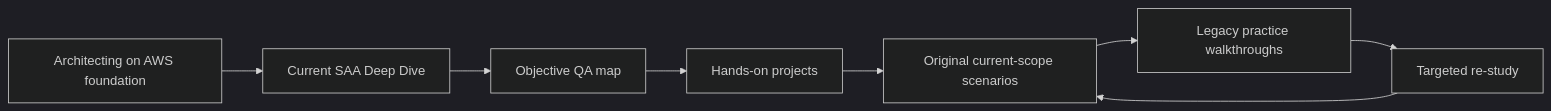
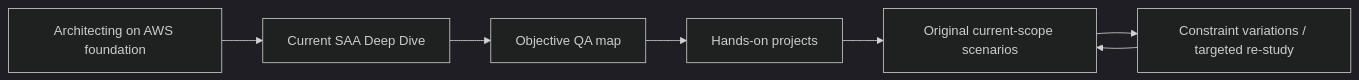
One commit to somkid-s5/Personal-Knowledge-Base changed the diagram in AWS/Certifications/SAA-C03/STUDY-PATH.md. Above: the diagram before and after it, drawn with Mermaid (dark theme). The commit also changed other lines of this file, not shown here.

Commit message:
Replace legacy SAA practice phase with original scenario variation

````diff
--- a/AWS/Certifications/SAA-C03/STUDY-PATH.md
+++ b/AWS/Certifications/SAA-C03/STUDY-PATH.md
@@ -11,10 +11,9 @@
 ```mermaid
 flowchart LR
     A[Architecting on AWS foundation] --> B[Current SAA Deep Dive]
     B --> C[Objective QA map]
     C --> D[Hands-on projects]
     D --> E[Original current-scope scenarios]
-    E --> F[Legacy practice walkthroughs]
-    F --> G[Targeted re-study]
-    G --> E
+    E --> F[Constraint variations / targeted re-study]
+    F --> E
 ```
````
